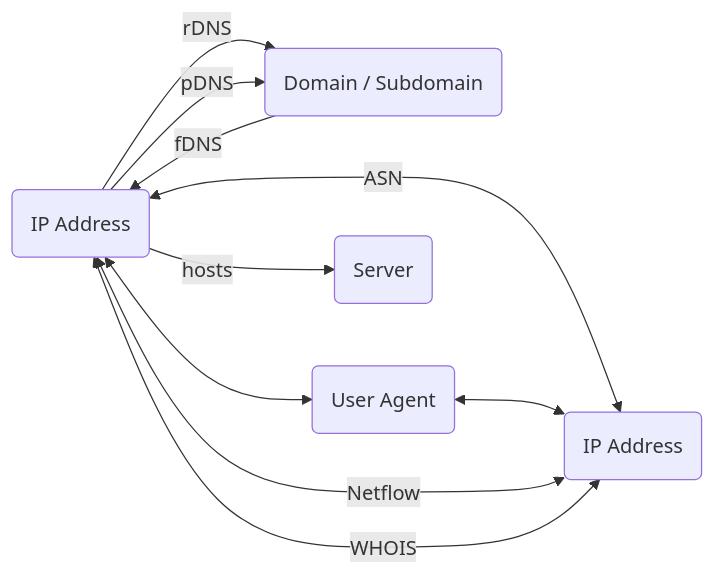
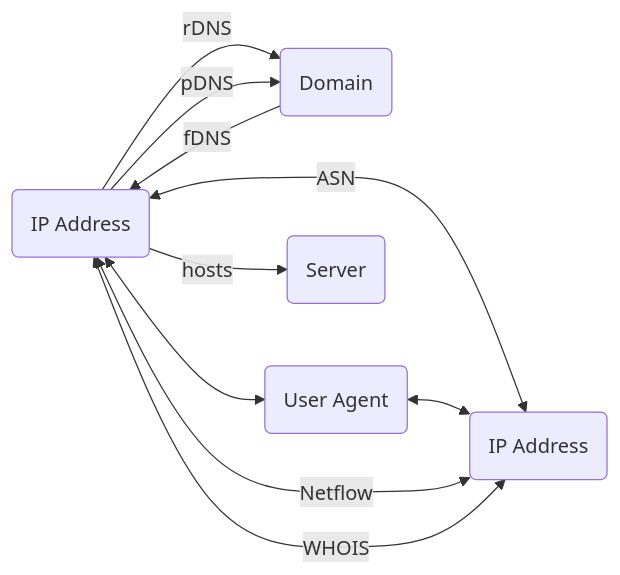
The diagram in docs/artifacts/ip-address.md (korniko98/pivot-atlas), drawn with Mermaid before and after one commit. The commit also changed other lines of this file and 12 other files, not shown here.

````diff
--- a/docs/artifacts/ip-address.md
+++ b/docs/artifacts/ip-address.md
@@ -23,15 +23,15 @@
 	```mermaid
 	flowchart LR
-		IP_ADDRESS("IP Address") -- rDNS --> DOMAIN("Domain / Subdomain")
+		IP_ADDRESS("IP Address") -- rDNS --> DOMAIN("Domain")
 		IP_ADDRESS -- pDNS --> DOMAIN
 		DOMAIN -- fDNS --> IP_ADDRESS
 		IP_ADDRESS <-- ASN --> IP_ADDRESS_("IP Address")
 		IP_ADDRESS <--> USER_AGENT("User Agent")
 		USER_AGENT <--> IP_ADDRESS_
 		IP_ADDRESS <-- Netflow --> IP_ADDRESS_
 		IP_ADDRESS <-- WHOIS --> IP_ADDRESS_
 		IP_ADDRESS -- hosts --> SERVER("Server")
 		click DOMAIN "#domains"
 		click IP_ADDRESS_ "#ip-addresses"
 		click SERVER "#servers"
 	```
````
